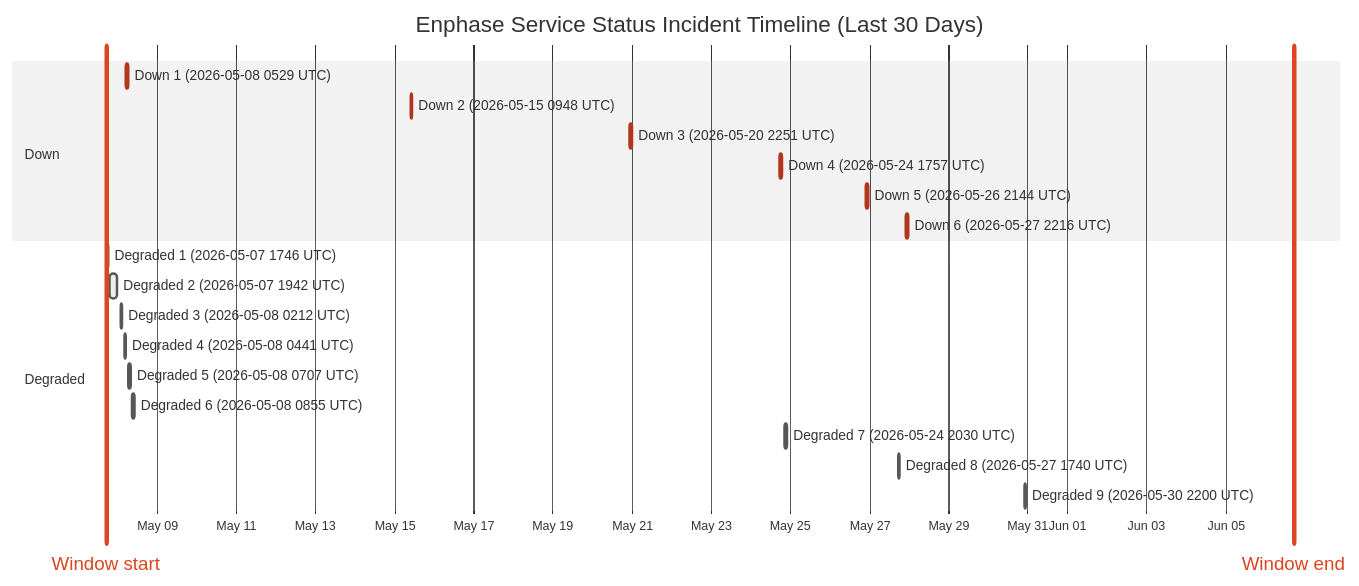
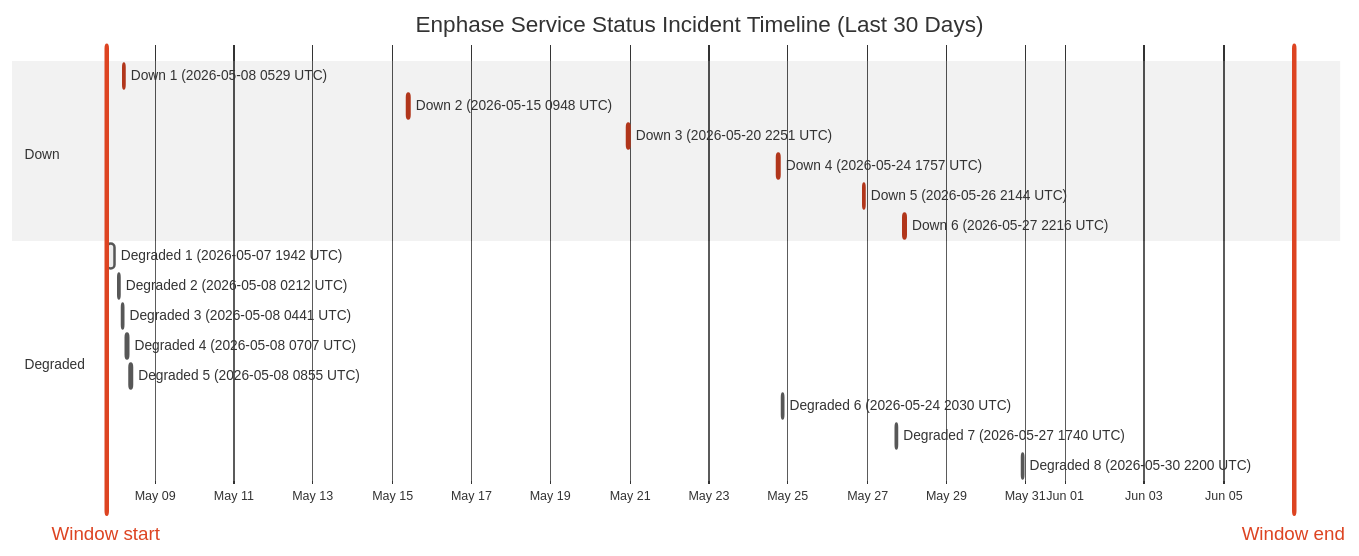
The diagram in wiki/Service-Status-History.md (barneyonline/ha-enphase-energy), drawn with Mermaid (neutral theme) before and after one commit. The commit also changed other lines of this file and 3 other files, not shown here.

````diff
--- a/wiki/Service-Status-History.md
+++ b/wiki/Service-Status-History.md
@@ -14,25 +14,24 @@
 ```mermaid
 gantt
     title Enphase Service Status Incident Timeline (Last 30 Days)
     dateFormat  YYYY-MM-DDTHH:mm:ss
     axisFormat  %b %d
-    Window start :vert, window-start, 2026-05-07T17:12:40, 0ms
-    Window end :vert, window-end, 2026-06-06T17:12:40, 0ms
+    Window start :vert, window-start, 2026-05-07T18:47:04, 0ms
+    Window end :vert, window-end, 2026-06-06T18:47:04, 0ms
     section Down
     Down 1 (2026-05-08 0529 UTC) :crit, down-1, 2026-05-08T05:29:47, 60m
     Down 2 (2026-05-15 0948 UTC) :crit, down-2, 2026-05-15T09:48:18, 60m
     Down 3 (2026-05-20 2251 UTC) :crit, down-3, 2026-05-20T22:51:14, 75m
     Down 4 (2026-05-24 1757 UTC) :crit, down-4, 2026-05-24T17:57:41, 86m
     Down 5 (2026-05-26 2144 UTC) :crit, down-5, 2026-05-26T21:44:11, 85m
     Down 6 (2026-05-27 2216 UTC) :crit, down-6, 2026-05-27T22:16:53, 87m
     section Degraded
-    Degraded 1 (2026-05-07 1746 UTC) :active, degraded-1, 2026-05-07T17:46:51, 60m
-    Degraded 2 (2026-05-07 1942 UTC) :active, degraded-2, 2026-05-07T19:42:10, 249m
-    Degraded 3 (2026-05-08 0212 UTC) :active, degraded-3, 2026-05-08T02:12:39, 60m
-    Degraded 4 (2026-05-08 0441 UTC) :active, degraded-4, 2026-05-08T04:41:46, 60m
-    Degraded 5 (2026-05-08 0707 UTC) :active, degraded-5, 2026-05-08T07:07:30, 60m
-    Degraded 6 (2026-05-08 0855 UTC) :active, degraded-6, 2026-05-08T08:55:20, 88m
-    Degraded 7 (2026-05-24 2030 UTC) :active, degraded-7, 2026-05-24T20:30:57, 84m
-    Degraded 8 (2026-05-27 1740 UTC) :active, degraded-8, 2026-05-27T17:40:52, 60m
-    Degraded 9 (2026-05-30 2200 UTC) :active, degraded-9, 2026-05-30T22:00:37, 60m
+    Degraded 1 (2026-05-07 1942 UTC) :active, degraded-1, 2026-05-07T19:42:10, 249m
+    Degraded 2 (2026-05-08 0212 UTC) :active, degraded-2, 2026-05-08T02:12:39, 60m
+    Degraded 3 (2026-05-08 0441 UTC) :active, degraded-3, 2026-05-08T04:41:46, 60m
+    Degraded 4 (2026-05-08 0707 UTC) :active, degraded-4, 2026-05-08T07:07:30, 60m
+    Degraded 5 (2026-05-08 0855 UTC) :active, degraded-5, 2026-05-08T08:55:20, 88m
+    Degraded 6 (2026-05-24 2030 UTC) :active, degraded-6, 2026-05-24T20:30:57, 84m
+    Degraded 7 (2026-05-27 1740 UTC) :active, degraded-7, 2026-05-27T17:40:52, 60m
+    Degraded 8 (2026-05-30 2200 UTC) :active, degraded-8, 2026-05-30T22:00:37, 60m
 ```
````
